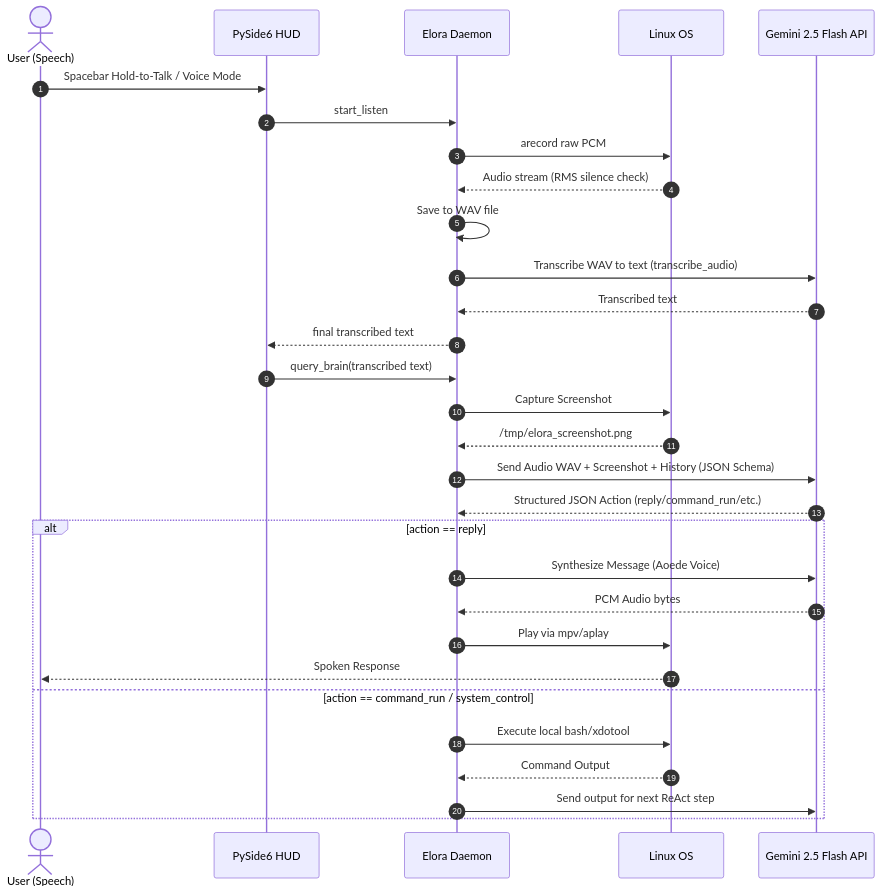
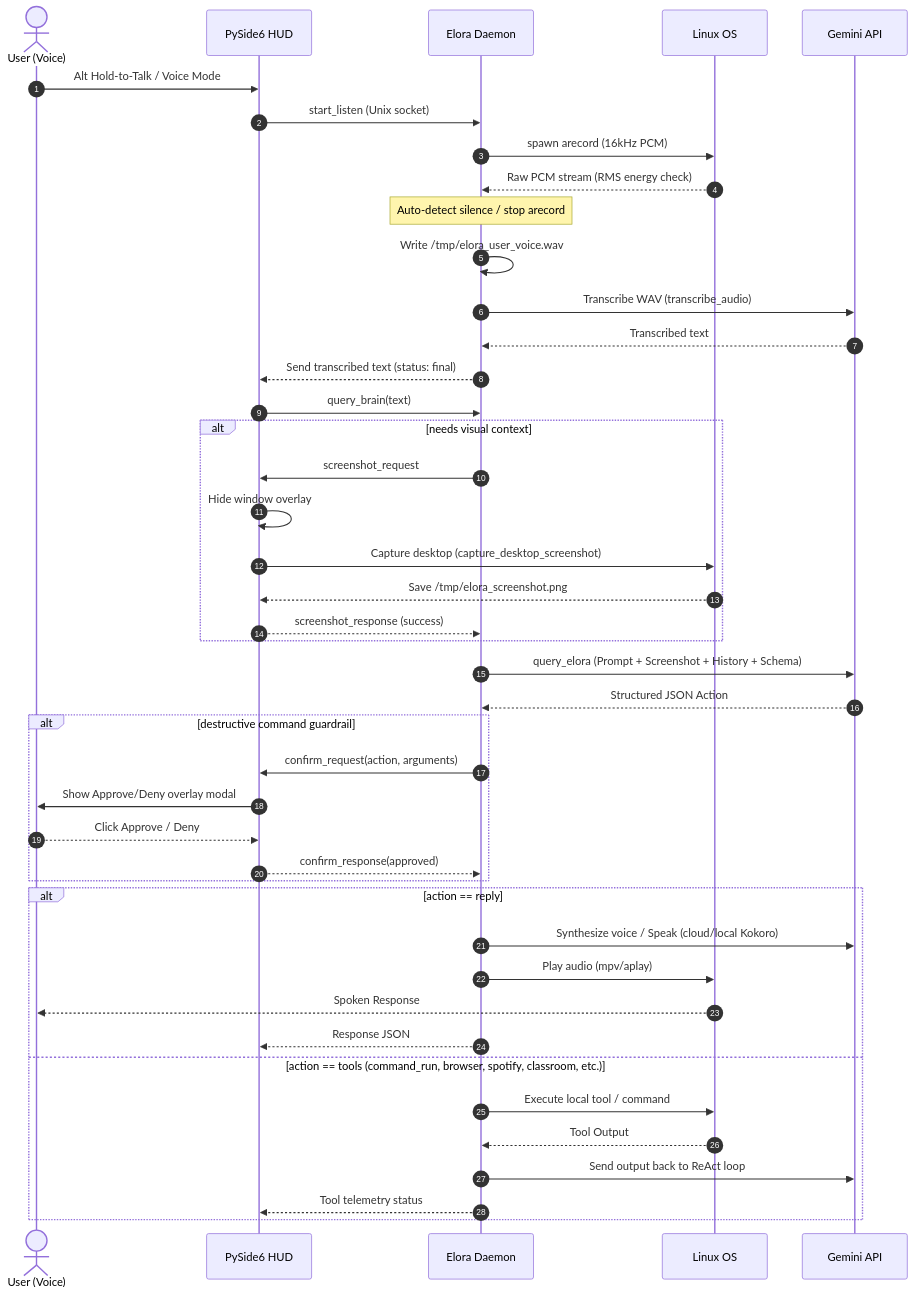
Before and after one commit to usoy410/elora: the diagram in README.md, drawn with Mermaid. The commit also changed other lines of this file, not shown here.

````diff
--- a/README.md
+++ b/README.md
@@ -11,33 +13,46 @@
 ```mermaid
 sequenceDiagram
     autonumber
-    actor User as User (Speech)
+    actor User as User (Voice)
     participant HUD as PySide6 HUD
     participant Daemon as Elora Daemon
     participant OS as Linux OS
-    participant Gemini as Gemini 2.5 Flash API
+    participant Gemini as Gemini API
 
-    User->>HUD: Spacebar Hold-to-Talk / Voice Mode
-    HUD->>Daemon: start_listen
-    Daemon->>OS: arecord raw PCM
-    OS-->>Daemon: Audio stream (RMS silence check)
-    Daemon->>Daemon: Save to WAV file
-    Daemon->>Gemini: Transcribe WAV to text (transcribe_audio)
+    User->>HUD: Alt Hold-to-Talk / Voice Mode
+    HUD->>Daemon: start_listen (Unix socket)
+    Daemon->>OS: spawn arecord (16kHz PCM)
+    OS-->>Daemon: Raw PCM stream (RMS energy check)
+    Note over Daemon: Auto-detect silence / stop arecord
+    Daemon->>Daemon: Write /tmp/elora_user_voice.wav
+    Daemon->>Gemini: Transcribe WAV (transcribe_audio)
     Gemini-->>Daemon: Transcribed text
-    Daemon-->>HUD: final transcribed text
-    HUD->>Daemon: query_brain(transcribed text)
-    Daemon->>OS: Capture Screenshot
-    OS-->>Daemon: /tmp/elora_screenshot.png
-    Daemon->>Gemini: Send Audio WAV + Screenshot + History (JSON Schema)
-    Gemini-->>Daemon: Structured JSON Action (reply/command_run/etc.)
+    Daemon-->>HUD: Send transcribed text (status: final)
+    HUD->>Daemon: query_brain(text)
+    alt needs visual context
+        Daemon->>HUD: screenshot_request
+        HUD->>HUD: Hide window overlay
+        HUD->>OS: Capture desktop (capture_desktop_screenshot)
+        OS-->>HUD: Save /tmp/elora_screenshot.png
+        HUD-->>Daemon: screenshot_response (success)
+    end
+    Daemon->>Gemini: query_elora (Prompt + Screenshot + History + Schema)
+    Gemini-->>Daemon: Structured JSON Action
+    alt destructive command guardrail
+        Daemon->>HUD: confirm_request(action, arguments)
+        HUD->>User: Show Approve/Deny overlay modal
+        User-->>HUD: Click Approve / Deny
+        HUD-->>Daemon: confirm_response(approved)
+    end
     alt action == reply
-        Daemon->>Gemini: Synthesize Message (Aoede Voice)
-        Gemini-->>Daemon: PCM Audio bytes
-        Daemon->>OS: Play via mpv/aplay
+        Daemon->>Gemini: Synthesize voice / Speak (cloud/local Kokoro)
+        Daemon->>OS: Play audio (mpv/aplay)
         OS-->>User: Spoken Response
-    else action == command_run / system_control
-        Daemon->>OS: Execute local bash/xdotool
-        OS-->>Daemon: Command Output
-        Daemon->>Gemini: Send output for next ReAct step
+        Daemon-->>HUD: Response JSON
+    else action == tools (command_run, browser, spotify, classroom, etc.)
+        Daemon->>OS: Execute local tool / command
+        OS-->>Daemon: Tool Output
+        Daemon->>Gemini: Send output back to ReAct loop
+        Daemon-->>HUD: Tool telemetry status
     end
 ```
````
